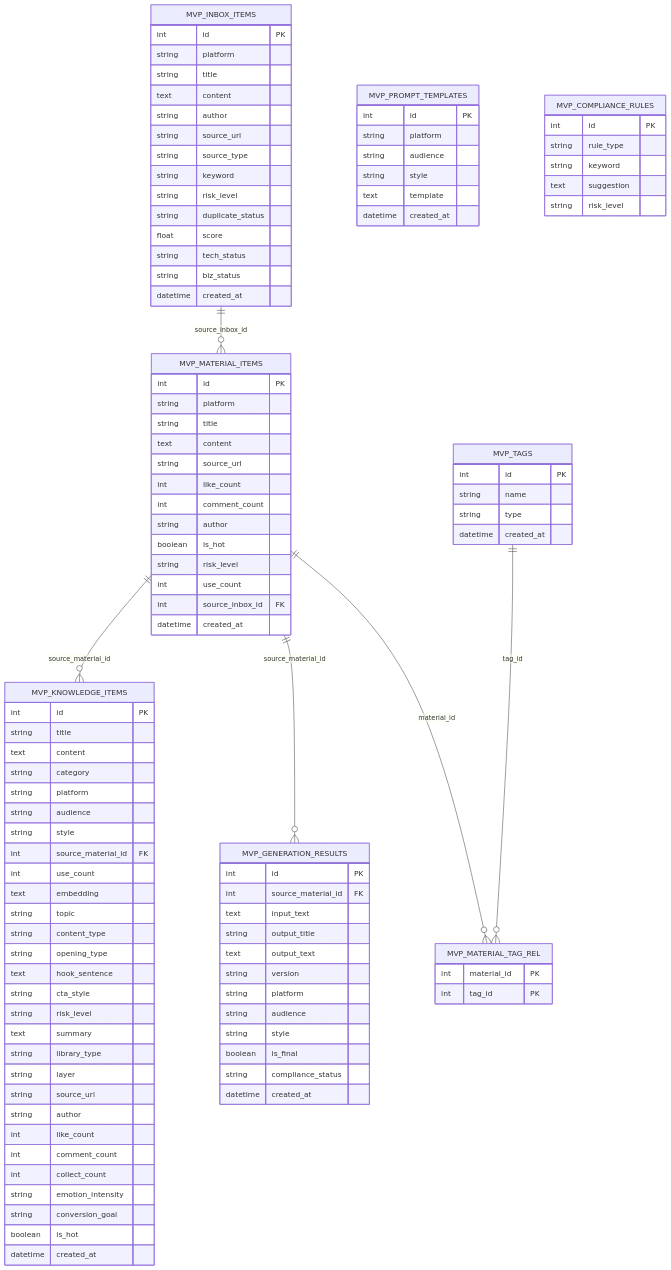
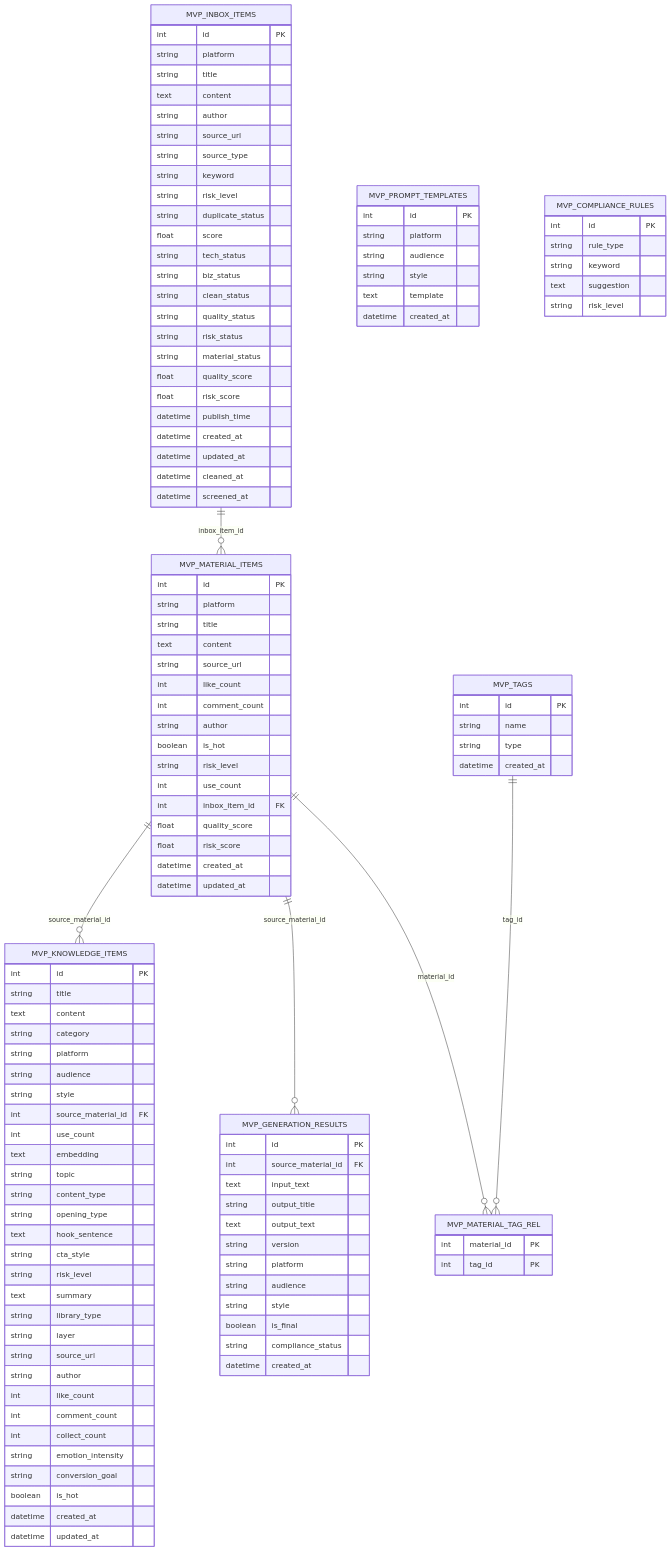
The third of 9 diagrams in .qoder/repowiki/zh/content/AI内容处理系统/AI内容处理系统.md (dream-ze/AI_huoke-), drawn with Mermaid before and after one commit. The commit also changed other lines of this file and 64 other files, not shown here.

```diff
--- a/.qoder/repowiki/zh/content/AI内容处理系统/AI内容处理系统.md
+++ b/.qoder/repowiki/zh/content/AI内容处理系统/AI内容处理系统.md
@@ -119,7 +180,17 @@
 float score
 string tech_status
 string biz_status
+string clean_status
+string quality_status
+string risk_status
+string material_status
+float quality_score
+float risk_score
+datetime publish_time
 datetime created_at
+datetime updated_at
+datetime cleaned_at
+datetime screened_at
 }
 MVP_MATERIAL_ITEMS {
 int id PK
@@ -133,8 +204,11 @@
 boolean is_hot
 string risk_level
 int use_count
-int source_inbox_id FK
+int inbox_item_id FK
+float quality_score
+float risk_score
 datetime created_at
+datetime updated_at
 }
 MVP_KNOWLEDGE_ITEMS {
 int id PK
@@ -165,6 +239,7 @@
 string conversion_goal
 boolean is_hot
 datetime created_at
+datetime updated_at
 }
 MVP_GENERATION_RESULTS {
 int id PK
@@ -205,7 +280,7 @@
 text suggestion
 string risk_level
 }
-MVP_INBOX_ITEMS ||--o{ MVP_MATERIAL_ITEMS : "source_inbox_id"
+MVP_INBOX_ITEMS ||--o{ MVP_MATERIAL_ITEMS : "inbox_item_id"
 MVP_MATERIAL_ITEMS ||--o{ MVP_KNOWLEDGE_ITEMS : "source_material_id"
 MVP_MATERIAL_ITEMS ||--o{ MVP_GENERATION_RESULTS : "source_material_id"
 MVP_MATERIAL_ITEMS ||--o{ MVP_MATERIAL_TAG_REL : "material_id"
```
